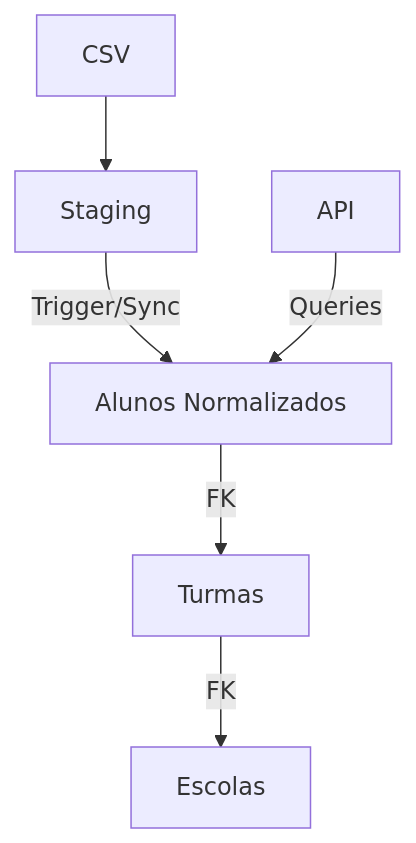
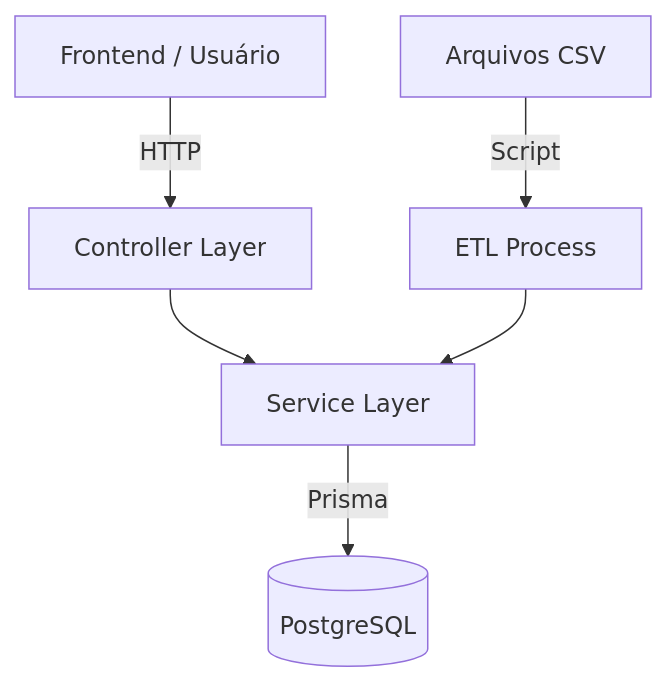
Before and after one commit to Gerson-Santiago/seduc_on: the diagram in backend/docs/overview.md, drawn with Mermaid. The commit also changed other lines of this file and 19 other files, not shown here.

````diff
--- a/backend/docs/overview.md
+++ b/backend/docs/overview.md
@@ -66,8 +21,10 @@
 ```mermaid
 graph TD
-    CSV --> Staging
-    Staging -->|Trigger/Sync| Norm[Alunos Normalizados]
-    Norm -->|FK| Turmas[Turmas]
-    Turmas -->|FK| Escolas[Escolas]
-    API -->|Queries| Norm
+    Client[Frontend / Usuário] -->|HTTP| API[Controller Layer]
+    CSV[Arquivos CSV] -->|Script| ETL[ETL Process]
+    
+    API --> Service[Service Layer]
+    ETL --> Service
+    
+    Service -->|Prisma| DB[(PostgreSQL)]
 ```
````
